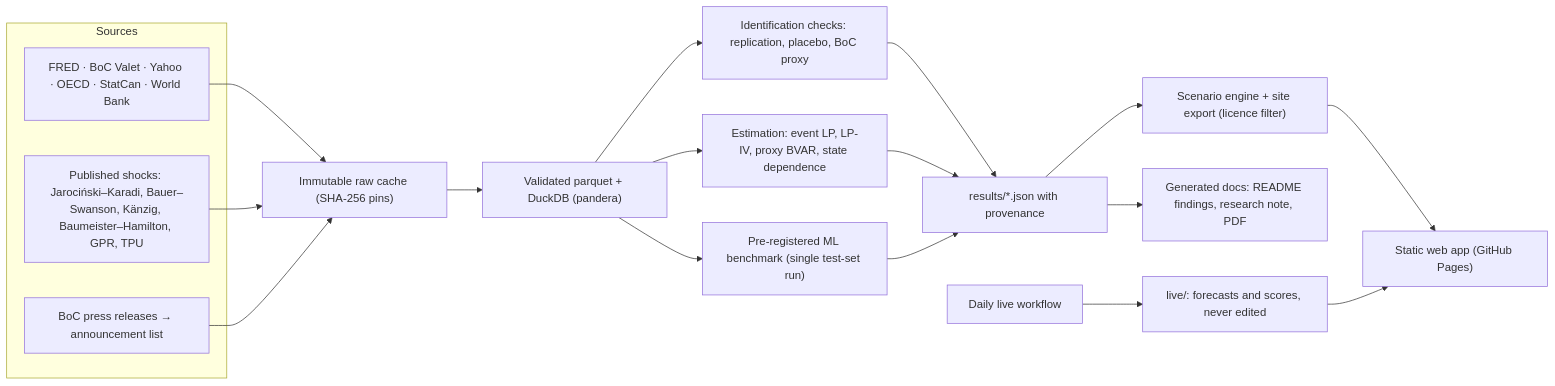
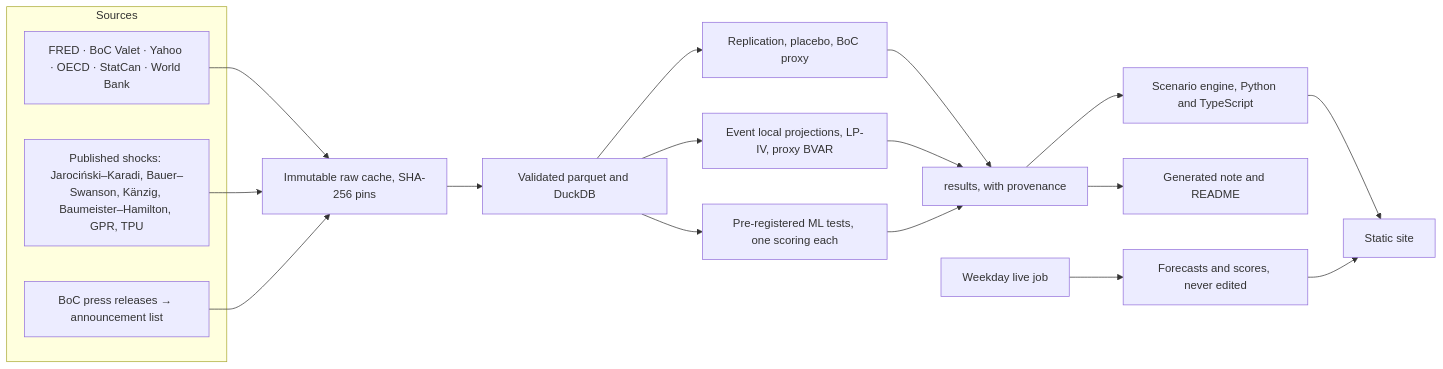
Before and after one commit to shmorsi/world-shock-lab: the diagram in README.md, drawn with Mermaid. The commit also changed other lines of this file and 11 other files, not shown here.

First line of the commit message:
Turn the README into a one-screen landing page and match the site's first view.

````diff
--- a/README.md
+++ b/README.md
@@ -105,23 +37,23 @@
 ```mermaid
 flowchart LR
   subgraph S[Sources]
     A["FRED · BoC Valet · Yahoo · OECD · StatCan · World Bank"]
     B["Published shocks: Jarociński–Karadi, Bauer–Swanson, Känzig, Baumeister–Hamilton, GPR, TPU"]
     C["BoC press releases → announcement list"]
   end
-  A --> D["Immutable raw cache (SHA-256 pins)"]
+  A --> D["Immutable raw cache, SHA-256 pins"]
   B --> D
   C --> D
-  D --> E["Validated parquet + DuckDB (pandera)"]
-  E --> F["Identification checks: replication, placebo, BoC proxy"]
-  E --> G["Estimation: event LP, LP-IV, proxy BVAR, state dependence"]
-  E --> H["Pre-registered ML benchmark (single test-set run)"]
-  F --> I["results/*.json with provenance"]
+  D --> E["Validated parquet and DuckDB"]
+  E --> F["Replication, placebo, BoC proxy"]
+  E --> G["Event local projections, LP-IV, proxy BVAR"]
+  E --> H["Pre-registered ML tests, one scoring each"]
+  F --> I["results, with provenance"]
   G --> I
   H --> I
-  I --> J["Scenario engine + site export (licence filter)"]
-  J --> K["Static web app (GitHub Pages)"]
-  I --> L["Generated docs: README findings, research note, PDF"]
-  M["Daily live workflow"] --> N["live/: forecasts and scores, never edited"]
+  I --> J["Scenario engine, Python and TypeScript"]
+  J --> K["Static site"]
+  I --> L["Generated note and README"]
+  M["Weekday live job"] --> N["Forecasts and scores, never edited"]
   N --> K
 ```
````
